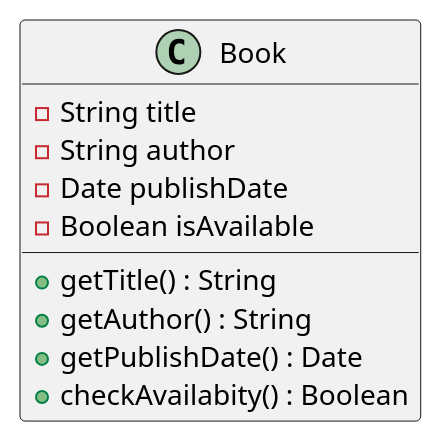
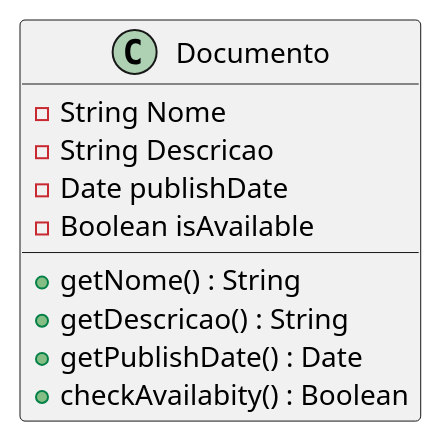
One commit to samoryfiotec/C4 changed the diagram in Codigo.puml. Above: the diagram before and after it, drawn with PlantUML. The commit also changed 4 other files, not shown here.

Commit message:
Refatorar diagramas para representar processos de aplicação e atualizar atributos de classe.

```diff
--- a/Codigo.puml
+++ b/Codigo.puml
@@ -1,17 +1,17 @@
-@startuml BibliotecaCodigo
+@startuml AplicacaoCodigo
 
 !includeurl https://raw.githubusercontent.com/plantuml-stdlib/C4-PlantUML/master/C4_Component.puml
 
-class Book {
-    - String title
-    - String author
+class Documento {
+    - String Nome
+    - String Descricao
     - Date publishDate
     - Boolean isAvailable
 
-+ getTitle() : String
-+ getAuthor() : String
++ getNome() : String
++ getDescricao() : String
 + getPublishDate() : Date
 + checkAvailabity() : Boolean
 }
 
 @enduml
```
